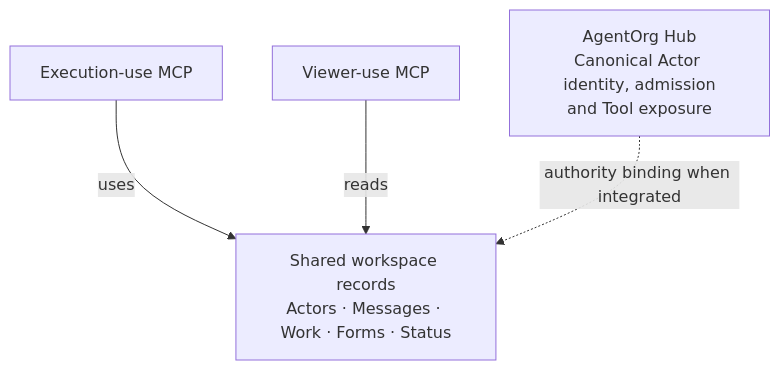
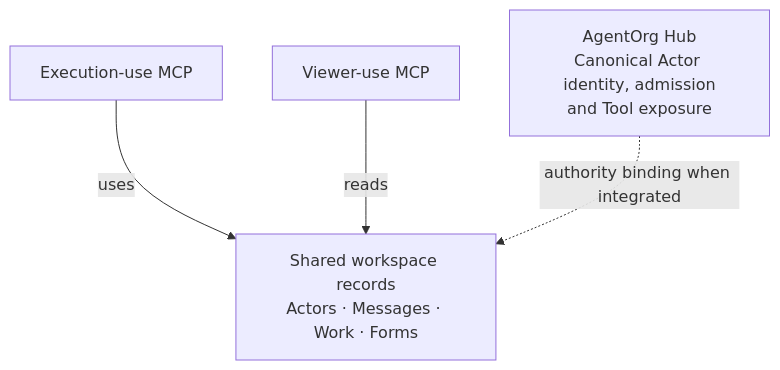
The second of 2 diagrams in docs/design.md (uniac-ai/AgenticWorkspace), drawn with Mermaid before and after one commit. The commit also changed other lines of this file and 23 other files, not shown here.

First line of the commit message:
Remove Status and the Directory tools, and open Messages per conversation

````diff
--- a/docs/design.md
+++ b/docs/design.md
@@ -25,6 +23,6 @@
 ```mermaid
 flowchart TB
-    E["Execution-use MCP"] -->|"uses"| D["Shared workspace records<br/>Actors · Messages · Work · Forms · Status"]
+    E["Execution-use MCP"] -->|"uses"| D["Shared workspace records<br/>Actors · Messages · Work · Forms"]
     V["Viewer-use MCP"] -->|"reads"| D
     H["AgentOrg Hub<br/>Canonical Actor identity, admission<br/>and Tool exposure"] -.->|"authority binding when integrated"| D
 ```
````
